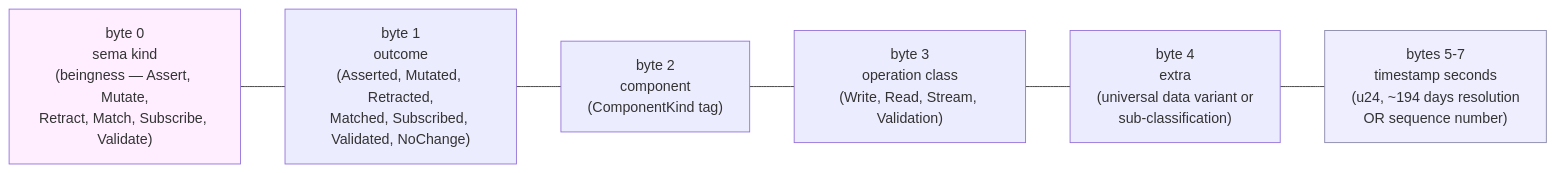
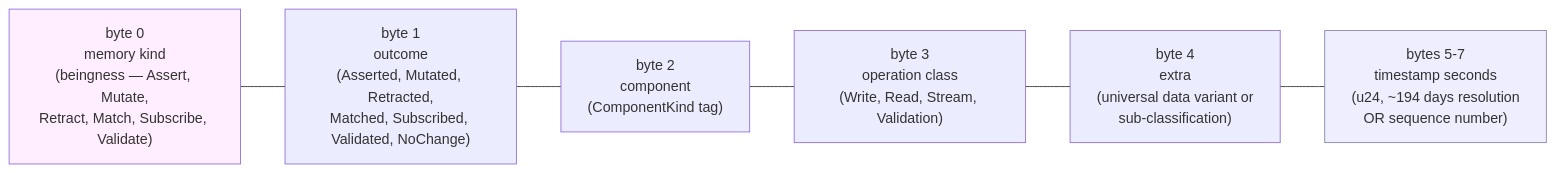
Before and after one commit to LiGoldragon/signal-memory: the first of 3 diagrams in ARCHITECTURE.md, drawn with Mermaid. The commit also changed other lines of this file and 17 other files, not shown here.

Commit message:
Rename signal-sema to signal-memory

````diff
--- a/ARCHITECTURE.md
+++ b/ARCHITECTURE.md
@@ -242,14 +242,14 @@
 ```mermaid
 flowchart LR
-    byte_zero["byte 0<br/>sema kind<br/>(beingness — Assert, Mutate,<br/>Retract, Match, Subscribe, Validate)"]
+    byte_zero["byte 0<br/>memory kind<br/>(beingness — Assert, Mutate,<br/>Retract, Match, Subscribe, Validate)"]
     byte_one["byte 1<br/>outcome<br/>(Asserted, Mutated, Retracted,<br/>Matched, Subscribed, Validated, NoChange)"]
     byte_two["byte 2<br/>component<br/>(ComponentKind tag)"]
     byte_three["byte 3<br/>operation class<br/>(Write, Read, Stream, Validation)"]
     byte_four["byte 4<br/>extra<br/>(universal data variant or<br/>sub-classification)"]
     byte_five["bytes 5-7<br/>timestamp seconds<br/>(u24, ~194 days resolution<br/>OR sequence number)"]:::span
 
     byte_zero --- byte_one --- byte_two --- byte_three --- byte_four --- byte_five
 
     classDef span fill:#eef,stroke:#88a
     style byte_zero fill:#fef
 ```
````
